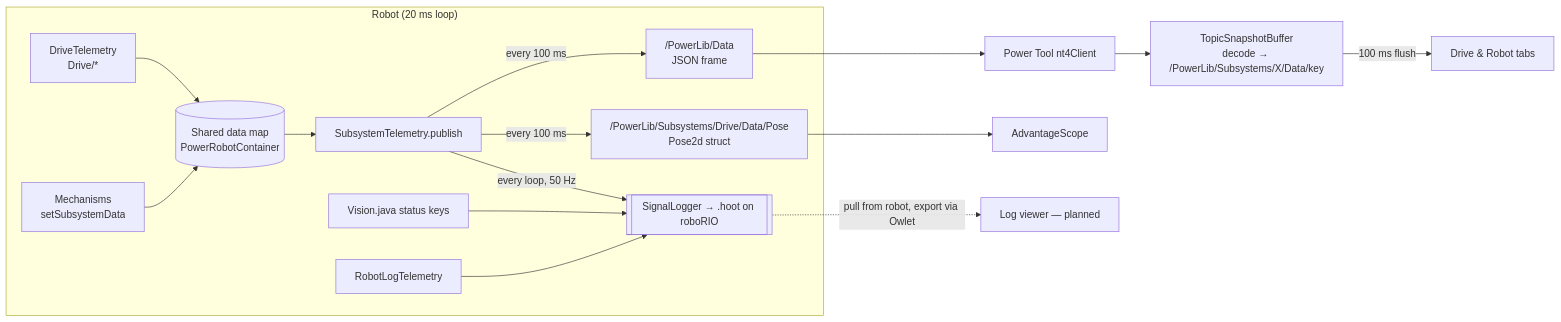
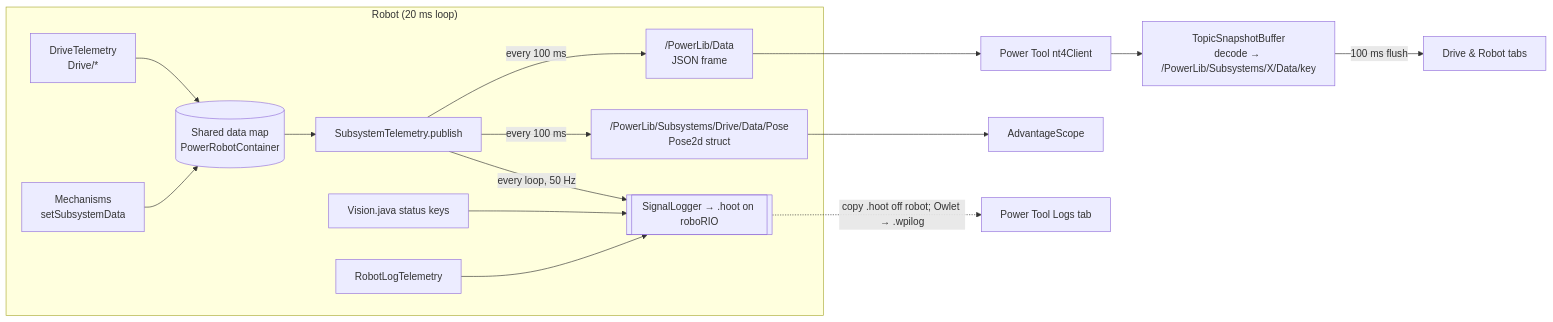
One commit to FRC9410/Robot-Library changed the diagram in Power-Tool-AGENTS/06-Data-Flows/Telemetry Flow.md. Above: the diagram before and after it, drawn with Mermaid. The commit also changed other lines of this file and 29 other files, not shown here.

First line of the commit message:
Add Power Tool Logs tab for replaying robot logs

````diff
--- a/Power-Tool-AGENTS/06-Data-Flows/Telemetry Flow.md
+++ b/Power-Tool-AGENTS/06-Data-Flows/Telemetry Flow.md
@@ -11,18 +11,18 @@
 ```mermaid
 flowchart LR
   subgraph Robot["Robot (20 ms loop)"]
     S[Mechanisms<br/>setSubsystemData] --> M[(Shared data map<br/>PowerRobotContainer)]
     D[DriveTelemetry<br/>Drive/*] --> M
     M --> ST[SubsystemTelemetry.publish]
     RL[RobotLogTelemetry] --> SL
     VI[Vision.java status keys] --> SL
     ST -->|every loop, 50 Hz| SL[[SignalLogger → .hoot on roboRIO]]
     ST -->|every 100 ms| F["/PowerLib/Data<br/>JSON frame"]
     ST -->|every 100 ms| P["/PowerLib/Subsystems/Drive/Data/Pose<br/>Pose2d struct"]
   end
   F --> NTC[Power Tool nt4Client]
   NTC --> BUF[TopicSnapshotBuffer<br/>decode → /PowerLib/Subsystems/X/Data/key]
   BUF -->|100 ms flush| UI[Drive & Robot tabs]
   P --> AS[AdvantageScope]
-  SL -.->|pull from robot, export via Owlet| LV[Log viewer — planned]
+  SL -.->|copy .hoot off robot; Owlet → .wpilog| LV[Power Tool Logs tab]
 ```
````
